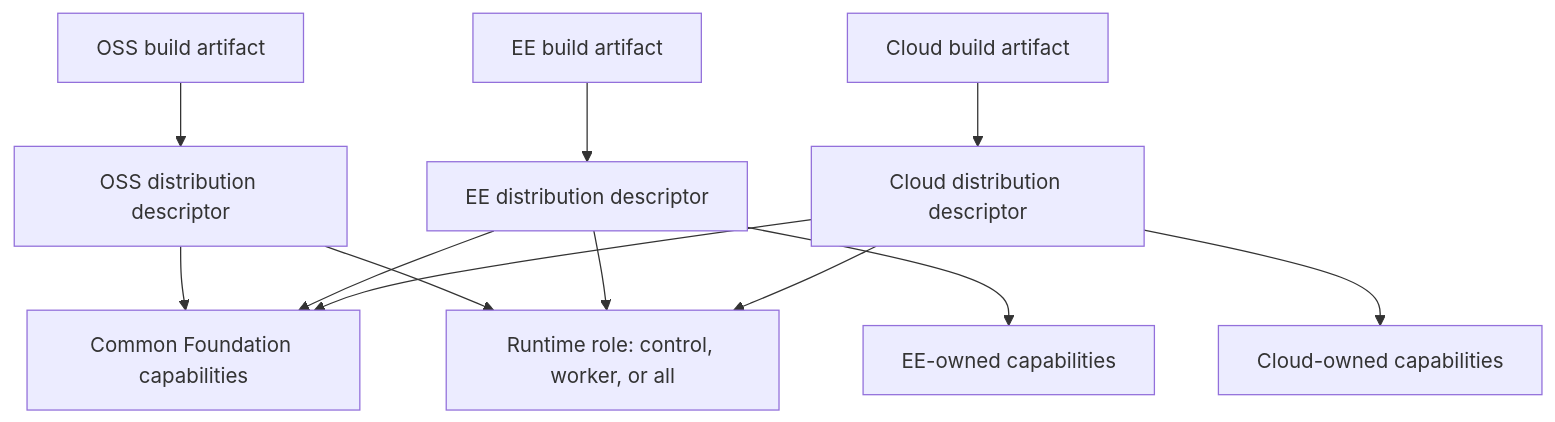
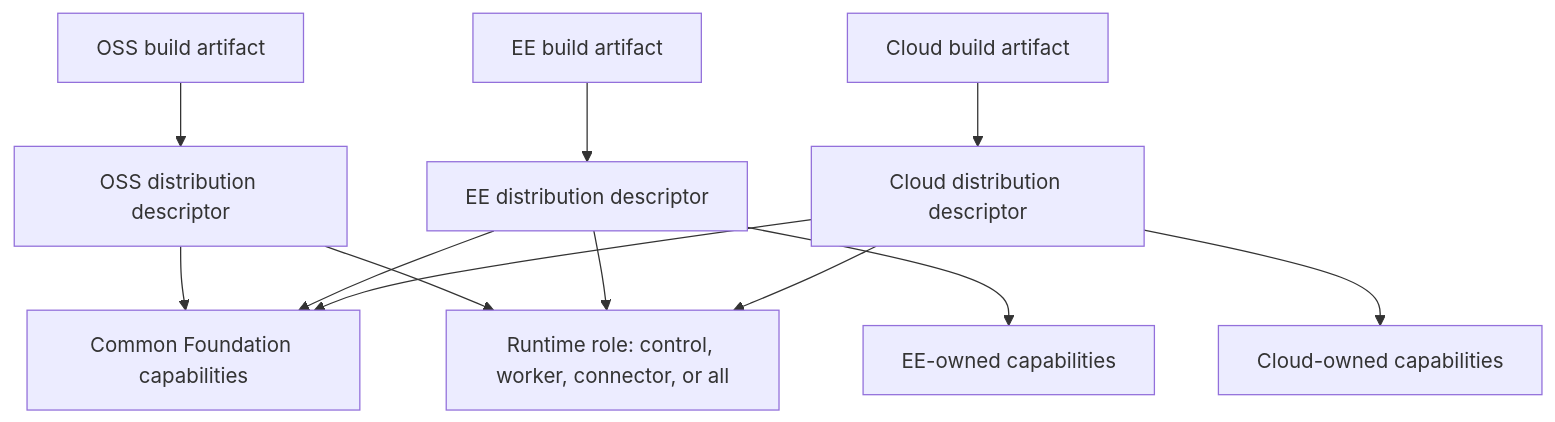
One commit to converge-ai-labs/agent-foundation changed the second of 2 diagrams in spec/foundation-service/02-distribution-composition-and-extensions.md. Above: the diagram before and after it, drawn with Mermaid. The commit also changed other lines of this file and 41 other files, not shown here.

````diff
--- a/spec/foundation-service/02-distribution-composition-and-extensions.md
+++ b/spec/foundation-service/02-distribution-composition-and-extensions.md
@@ -40,12 +46,12 @@
 ```mermaid
 flowchart TB
     OSSArtifact[OSS build artifact] --> OSS[OSS distribution descriptor]
     EEArtifact[EE build artifact] --> EE[EE distribution descriptor]
     CloudArtifact[Cloud build artifact] --> Cloud[Cloud distribution descriptor]
     OSS --> Common[Common Foundation capabilities]
     EE --> Common
     Cloud --> Common
     EE --> EEFeatures[EE-owned capabilities]
     Cloud --> CloudFeatures[Cloud-owned capabilities]
-    OSS & EE & Cloud --> Roles[Runtime role: control, worker, or all]
+    OSS & EE & Cloud --> Roles[Runtime role: control, worker, connector, or all]
 ```
````
